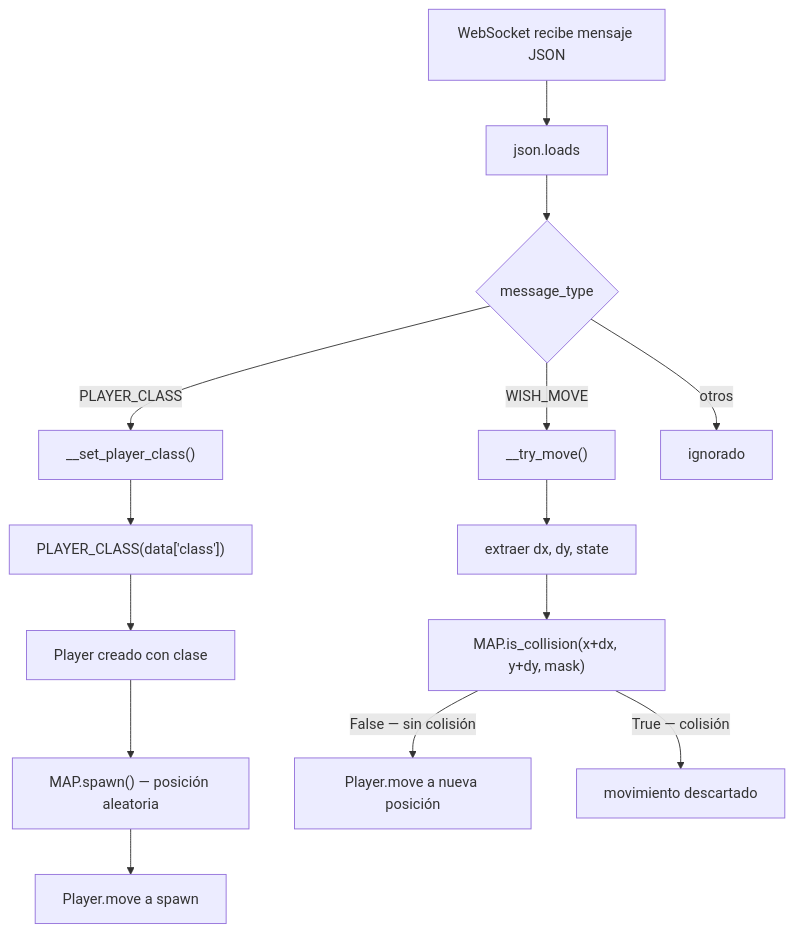
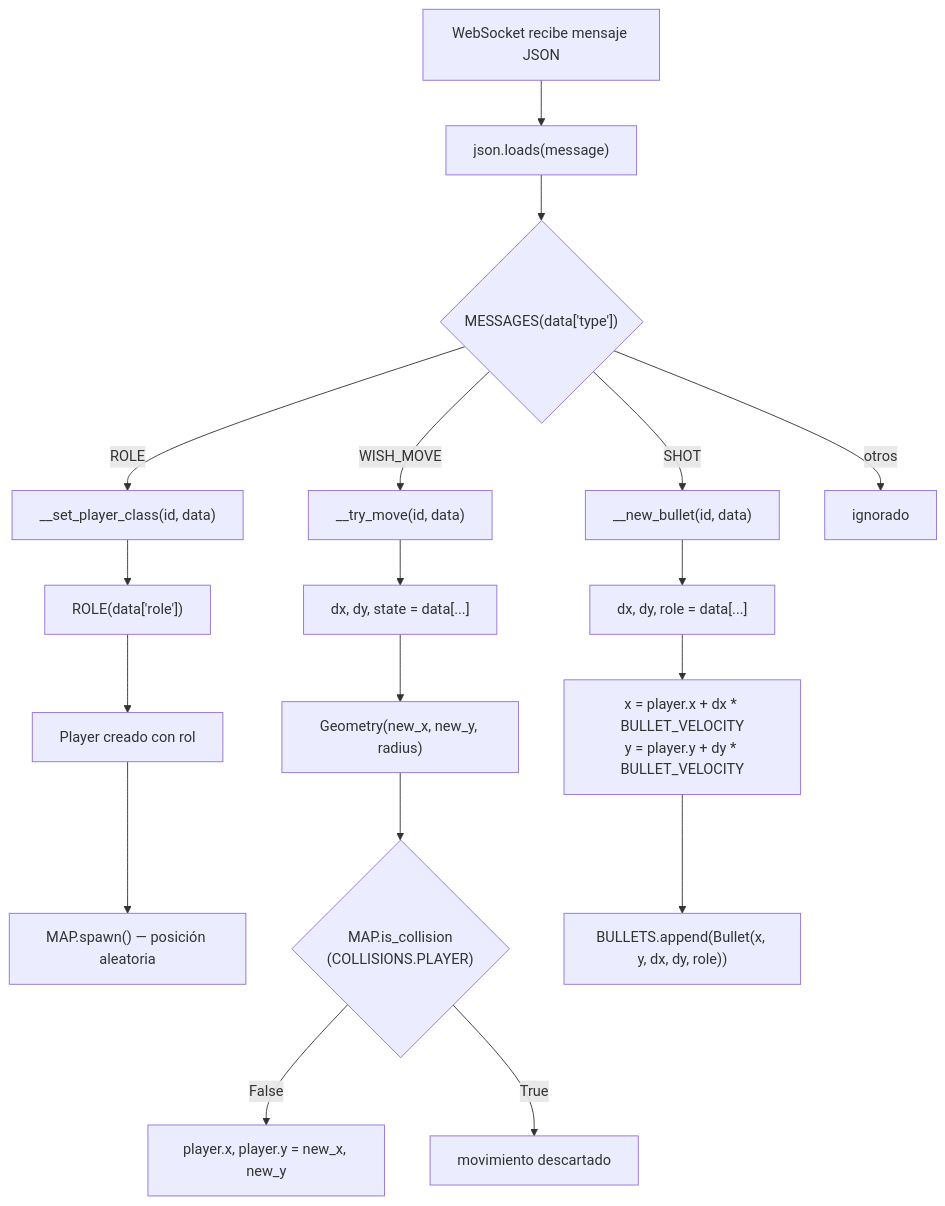
Before and after one commit to Aouei/pygame_multi: the fifth of 6 diagrams in docs/diagramas/mensajes.md, drawn with Mermaid. The commit also changed other lines of this file and 2 other files, not shown here.

Commit message:
UPDATE doc diagrams

````diff
--- a/docs/diagramas/mensajes.md
+++ b/docs/diagramas/mensajes.md
@@ -178,18 +236,24 @@
 ```mermaid
 flowchart TD
-    A["WebSocket recibe mensaje JSON"] --> B["json.loads"]
-    B --> C{"message_type"}
-    C -->|PLAYER_CLASS| D["__set_player_class()"]
-    C -->|WISH_MOVE| E["__try_move()"]
-    C -->|otros| F["ignorado"]
+    A["WebSocket recibe mensaje JSON"] --> B["json.loads(message)"]
+    B --> C{"MESSAGES(data['type'])"}
 
-    D --> G["PLAYER_CLASS(data['class'])"]
-    G --> H["Player creado con clase"]
-    H --> I["MAP.spawn() — posición aleatoria"]
-    I --> J["Player.move a spawn"]
+    C -->|ROLE| D["__set_player_class(id, data)"]
+    C -->|WISH_MOVE| E["__try_move(id, data)"]
+    C -->|SHOT| F["__new_bullet(id, data)"]
+    C -->|otros| G["ignorado"]
 
-    E --> K["extraer dx, dy, state"]
-    K --> L["MAP.is_collision(x+dx, y+dy, mask)"]
-    L -->|"False — sin colisión"| M["Player.move a nueva posición"]
-    L -->|"True — colisión"| N["movimiento descartado"]
+    D --> D1["ROLE(data['role'])"]
+    D1 --> D2["Player creado con rol"]
+    D2 --> D3["MAP.spawn() — posición aleatoria"]
+
+    E --> E1["dx, dy, state = data[...]"]
+    E1 --> E2["Geometry(new_x, new_y, radius)"]
+    E2 --> E3{"MAP.is_collision\n(COLLISIONS.PLAYER)"}
+    E3 -->|False| E4["player.x, player.y = new_x, new_y"]
+    E3 -->|True| E5["movimiento descartado"]
+
+    F --> F1["dx, dy, role = data[...]"]
+    F1 --> F2["x = player.x + dx * BULLET_VELOCITY\ny = player.y + dy * BULLET_VELOCITY"]
+    F2 --> F3["BULLETS.append(Bullet(x, y, dx, dy, role))"]
 ```
````
